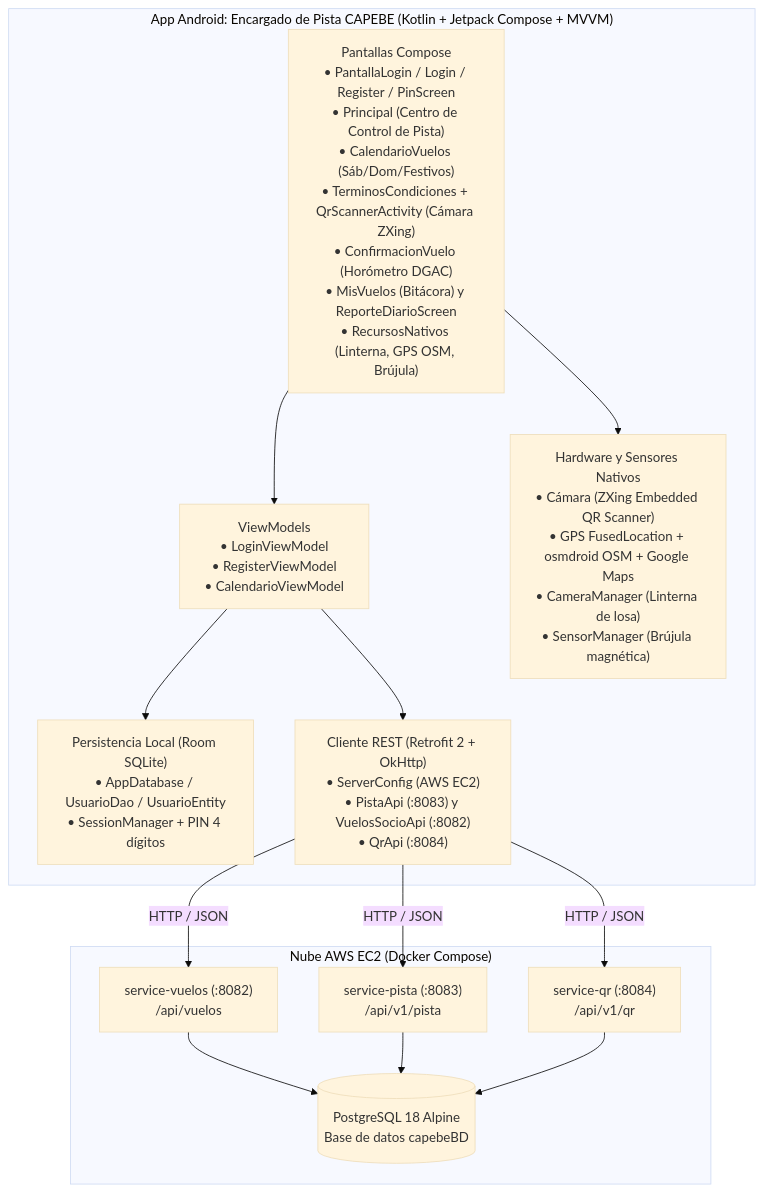
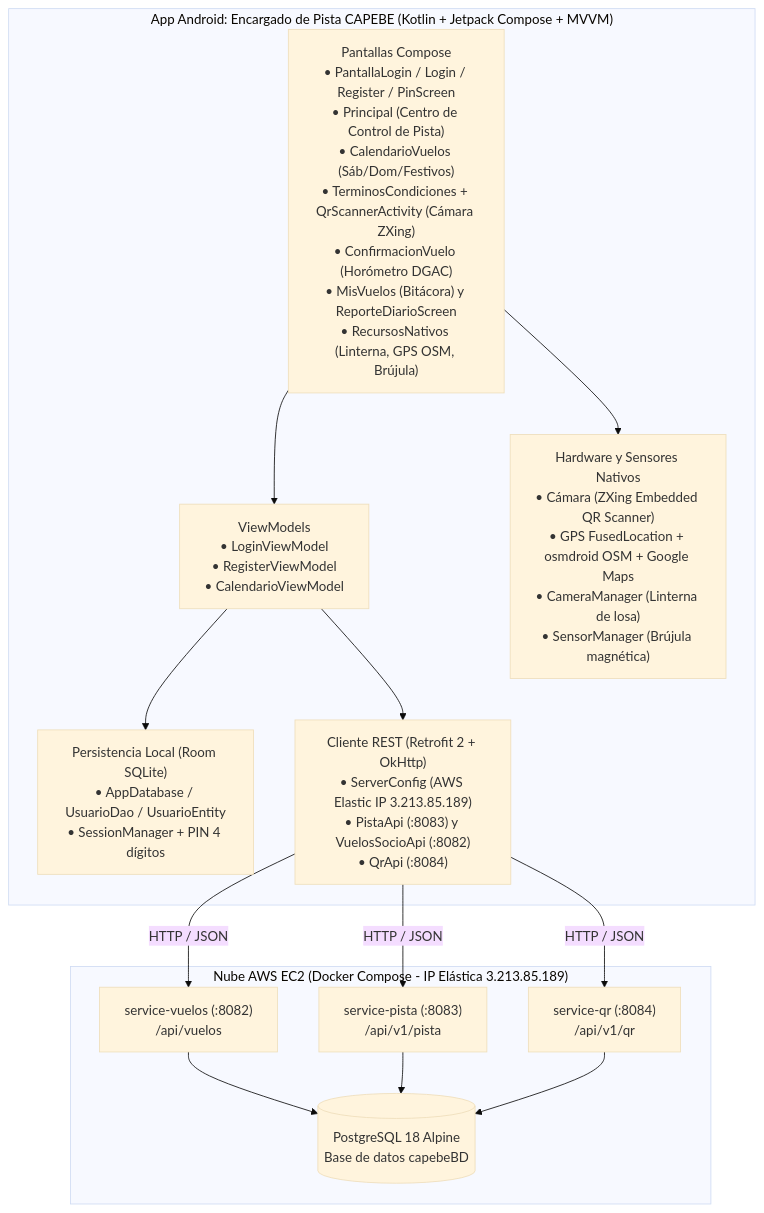
One commit to sysrmz777/CAPEBE_Pista changed the first of 2 diagrams in documents/ARQUITECTURA_CAPEBE_PISTA.md. Above: the diagram before and after it, drawn with Mermaid (base theme). The commit also changed 2 other files, not shown here.

Commit message:
Le configuramos una IP Elastica con AWS

````diff
--- a/documents/ARQUITECTURA_CAPEBE_PISTA.md
+++ b/documents/ARQUITECTURA_CAPEBE_PISTA.md
@@ -9,30 +9,30 @@
 ```mermaid
 flowchart TD
     subgraph Android["App Android: Encargado de Pista CAPEBE (Kotlin + Jetpack Compose + MVVM)"]
         UI["Pantallas Compose\n• PantallaLogin / Login / Register / PinScreen\n• Principal (Centro de Control de Pista)\n• CalendarioVuelos (Sáb/Dom/Festivos)\n• TerminosCondiciones + QrScannerActivity (Cámara ZXing)\n• ConfirmacionVuelo (Horómetro DGAC)\n• MisVuelos (Bitácora) y ReporteDiarioScreen\n• RecursosNativos (Linterna, GPS OSM, Brújula)"]
         VM["ViewModels\n• LoginViewModel\n• RegisterViewModel\n• CalendarioViewModel"]
         ROOM["Persistencia Local (Room SQLite)\n• AppDatabase / UsuarioDao / UsuarioEntity\n• SessionManager + PIN 4 dígitos"]
-        RETRO["Cliente REST (Retrofit 2 + OkHttp)\n• ServerConfig (AWS EC2)\n• PistaApi (:8083) y VuelosSocioApi (:8082)\n• QrApi (:8084)"]
+        RETRO["Cliente REST (Retrofit 2 + OkHttp)\n• ServerConfig (AWS Elastic IP 3.213.85.189)\n• PistaApi (:8083) y VuelosSocioApi (:8082)\n• QrApi (:8084)"]
         NATIVOS["Hardware y Sensores Nativos\n• Cámara (ZXing Embedded QR Scanner)\n• GPS FusedLocation + osmdroid OSM + Google Maps\n• CameraManager (Linterna de losa)\n• SensorManager (Brújula magnética)"]
 
         UI --> VM
         UI --> NATIVOS
         VM --> ROOM
         VM --> RETRO
     end
 
-    subgraph Cloud["Nube AWS EC2 (Docker Compose)"]
+    subgraph Cloud["Nube AWS EC2 (Docker Compose - IP Elástica 3.213.85.189)"]
         MSV["service-vuelos (:8082)\n/api/vuelos"]
         MSP["service-pista (:8083)\n/api/v1/pista"]
         MSQ["service-qr (:8084)\n/api/v1/qr"]
         PG[("PostgreSQL 18 Alpine\nBase de datos capebeBD")]
 
         MSV --> PG
         MSP --> PG
         MSQ --> PG
     end
 
     RETRO -- "HTTP / JSON" --> MSV
     RETRO -- "HTTP / JSON" --> MSP
     RETRO -- "HTTP / JSON" --> MSQ
 ```
````
